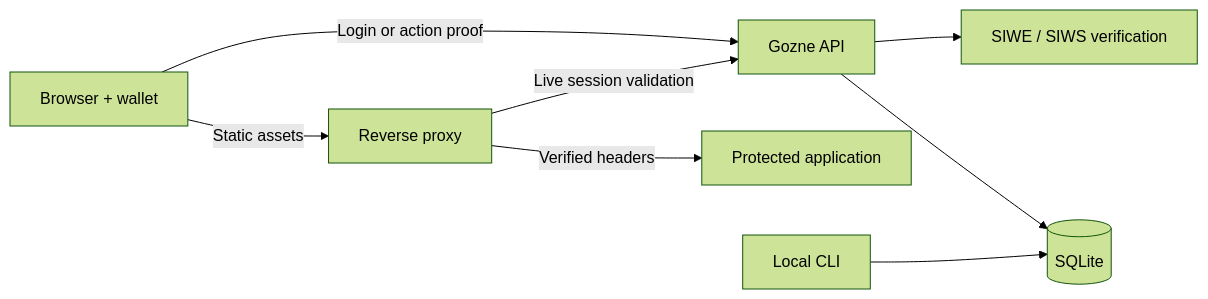
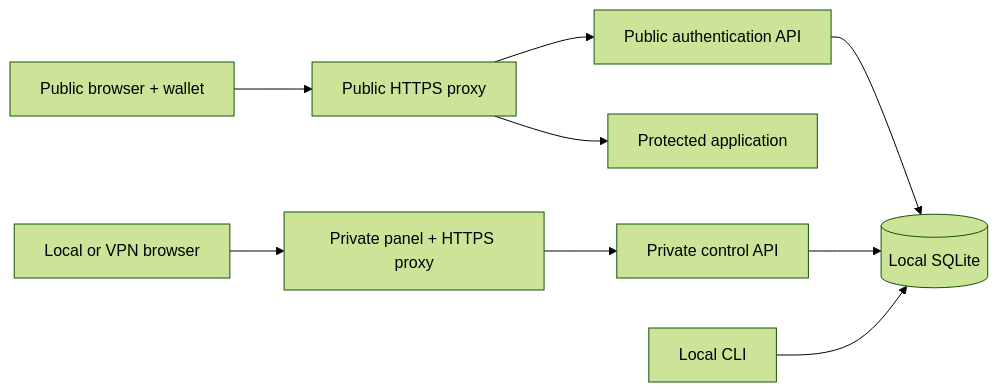
Before and after one commit to enriquegrx/gozne: the diagram in docs/02-ARCHITECTURE.md, drawn with Mermaid (forest theme). The commit also changed other lines of this file and 30 other files, not shown here.

Commit message:
Separate public authentication from private administration

````diff
--- a/docs/02-ARCHITECTURE.md
+++ b/docs/02-ARCHITECTURE.md
@@ -11,10 +11,11 @@
 ```mermaid
 flowchart LR
-    U[Browser + wallet] -->|Login or action proof| G[Gozne API]
-    G --> V[SIWE / SIWS verification]
-    G --> S[(SQLite)]
-    P[Reverse proxy] -->|Live session validation| G
-    P -->|Verified headers| A[Protected application]
-    C[Local CLI] --> S
-    U -->|Static assets| P
+    U[Public browser + wallet] --> P[Public HTTPS proxy]
+    P --> G[Public authentication API]
+    P --> A[Protected application]
+    G --> S[(Local SQLite)]
+    I[Local or VPN browser] --> D[Private panel + HTTPS proxy]
+    D --> C[Private control API]
+    C --> S
+    O[Local CLI] --> S
 ```
````
